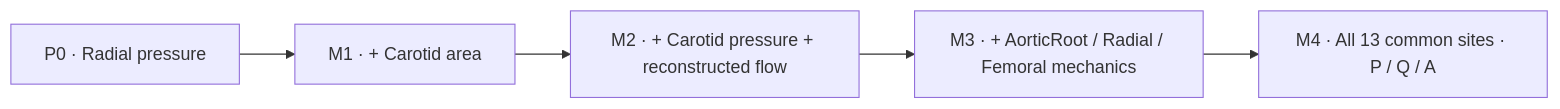
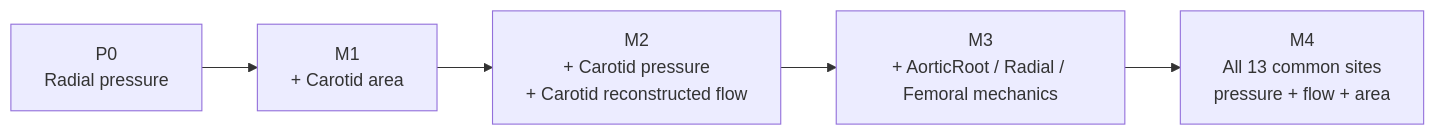
One commit to khalid-saqr/VascularAge changed the second of 2 diagrams in README.md. Above: the diagram before and after it, drawn with Mermaid. The commit also changed other lines of this file, not shown here.

Commit message:
Docs: add MathJax nomenclature and interactive trial flow

````diff
--- a/README.md
+++ b/README.md
@@ -186,7 +277,10 @@
 ```mermaid
-graph LR
-    P0["P0 · Radial pressure"] --> M1["M1 · + Carotid area"]
-    M1 --> M2["M2 · + Carotid pressure + reconstructed flow"]
-    M2 --> M3["M3 · + AorticRoot / Radial / Femoral mechanics"]
-    M3 --> M4["M4 · All 13 common sites · P / Q / A"]
+flowchart LR
+    P0["P0<br/>Radial pressure"] --> M1["M1<br/>+ Carotid area"]
+    M1 --> M2["M2<br/>+ Carotid pressure<br/>+ Carotid reconstructed flow"]
+    M2 --> M3["M3<br/>+ AorticRoot / Radial / Femoral mechanics"]
+    M3 --> M4["M4<br/>All 13 common sites<br/>pressure + flow + area"]
+
+    click P0 "#primary-observation-p0" "Open P0"
+    click M4 "#measurement-rescue" "Open rescue definition"
 ```
````
